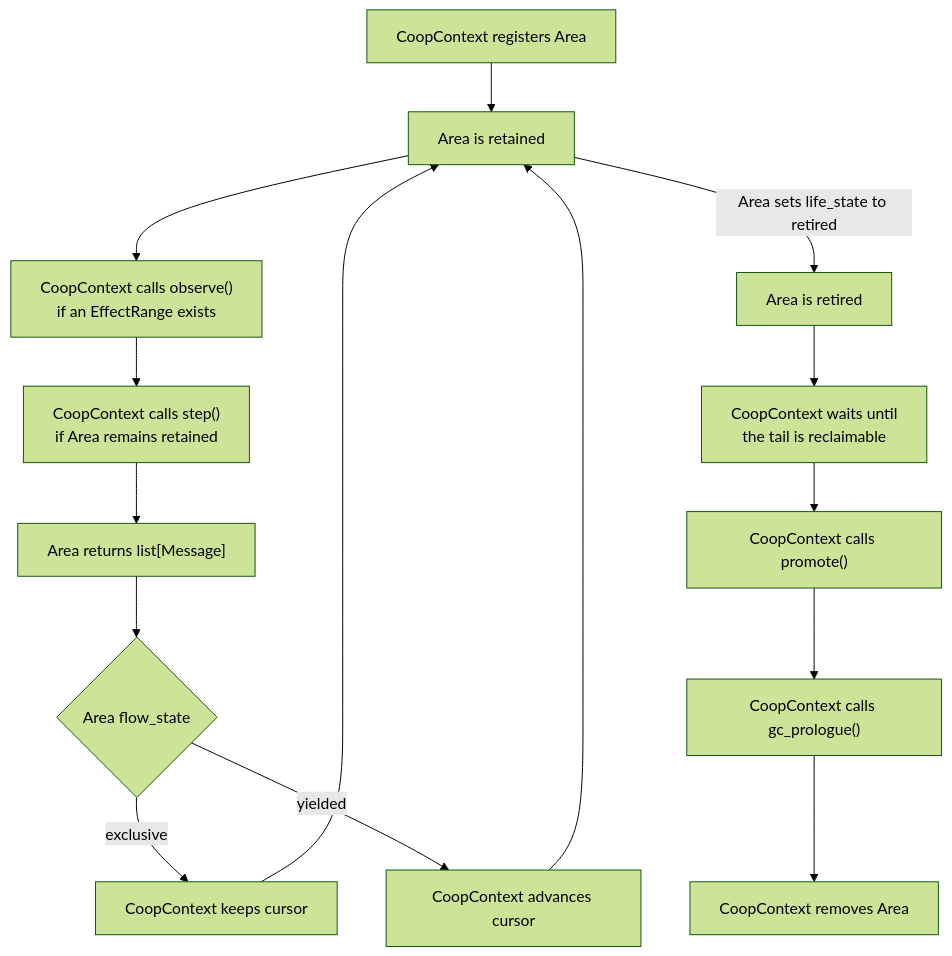
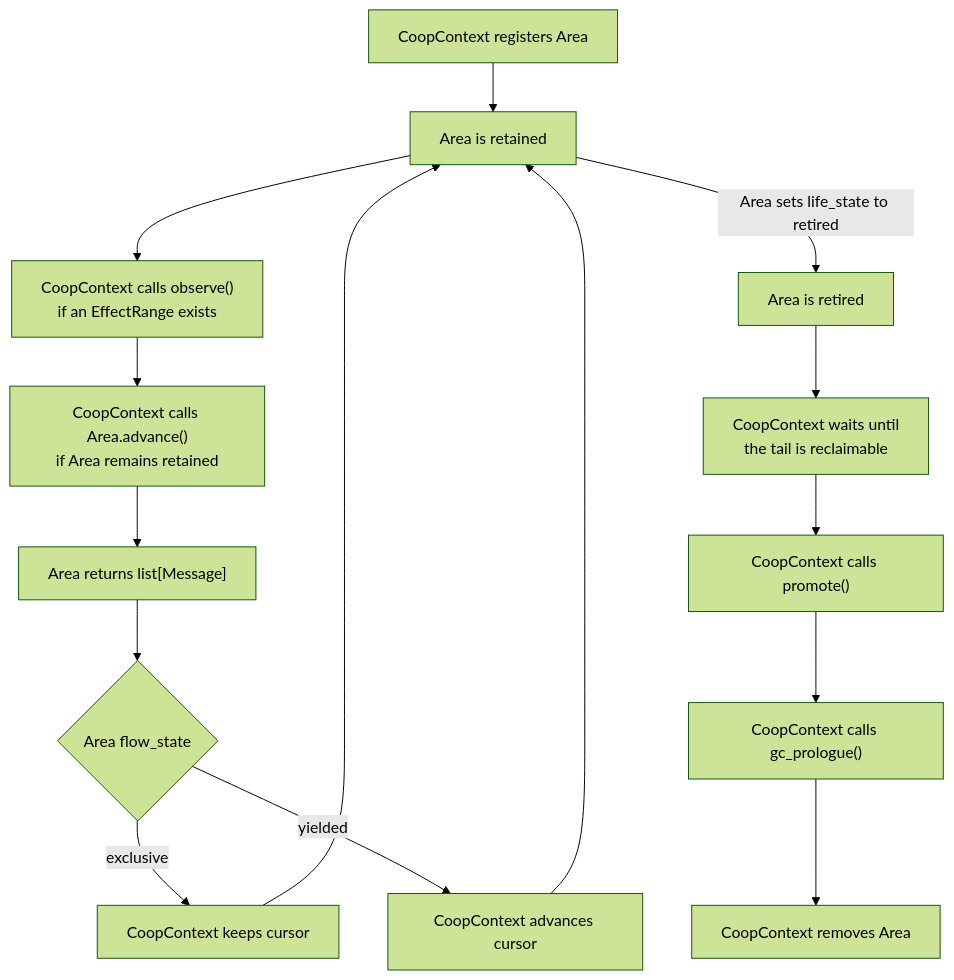
Before and after one commit to OvenFoSten/Hydrangea: the diagram in docs/en/context-areas.md, drawn with Mermaid (forest theme). The commit also changed other lines of this file and 1 other file, not shown here.

Commit message:
Align Area documentation with advance API

````diff
--- a/docs/en/context-areas.md
+++ b/docs/en/context-areas.md
@@ -184,22 +184,22 @@
 ```mermaid
 flowchart TD
     accTitle: Context Area lifecycle
-    accDescr: CoopContext repeatedly observes and steps a retained Area, then waits until a retired Area can be promoted and reclaimed.
+    accDescr: CoopContext repeatedly observes and advances a retained Area, then waits until a retired Area can be promoted and reclaimed.
 
     Register["CoopContext registers Area"] --> Retain["Area is retained"]
     Retain --> Observe["CoopContext calls observe()<br/>if an EffectRange exists"]
-    Observe --> Render["CoopContext calls step()<br/>if Area remains retained"]
-    Render --> Messages["Area returns list[Message]"]
+    Observe --> AreaAdvance["CoopContext calls Area.advance()<br/>if Area remains retained"]
+    AreaAdvance --> Messages["Area returns list[Message]"]
     Messages --> Flow{"Area flow_state"}
 
     Flow -- exclusive --> Keep["CoopContext keeps cursor"]
     Flow -- yielded --> Advance["CoopContext advances cursor"]
     Keep --> Retain
     Advance --> Retain
 
     Retain -->|"Area sets life_state to retired"| Retired["Area is retired"]
     Retired --> Wait["CoopContext waits until<br/>the tail is reclaimable"]
     Wait --> Promote["CoopContext calls promote()"]
     Promote --> Prologue["CoopContext calls gc_prologue()"]
     Prologue --> Removed["CoopContext removes Area"]
 ```
````
